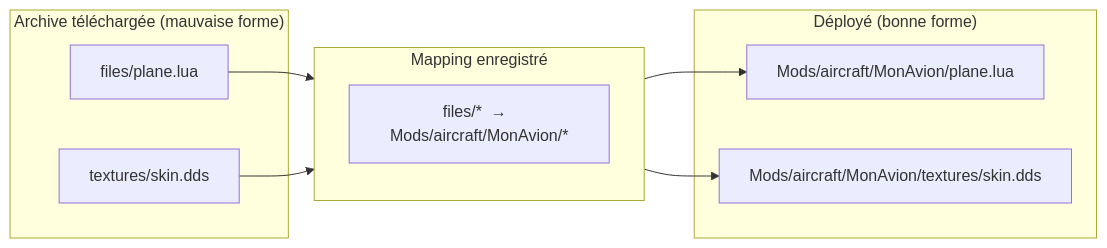
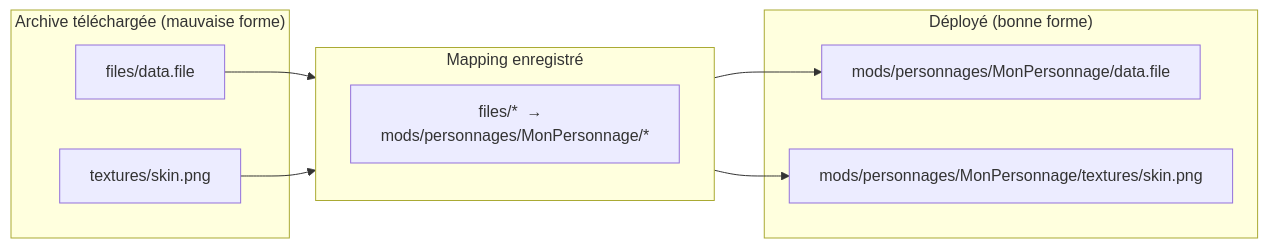
The diagram in docs/how-it-works/mapper.fr.md (FreeProject089/BMM-Docs), drawn with Mermaid before and after one commit. The commit also changed other lines of this file and 5 other files, not shown here.

````diff
--- a/docs/how-it-works/mapper.fr.md
+++ b/docs/how-it-works/mapper.fr.md
@@ -30,16 +31,16 @@
 ```mermaid
 flowchart LR
     subgraph Archive["Archive téléchargée (mauvaise forme)"]
-        F1["files/plane.lua"]
-        F2["textures/skin.dds"]
+        F1["files/data.file"]
+        F2["textures/skin.png"]
     end
     subgraph Map["Mapping enregistré"]
-        M["files/*  →  Mods/aircraft/MonAvion/*"]
+        M["files/*  →  mods/personnages/MonPersonnage/*"]
     end
     subgraph Game["Déployé (bonne forme)"]
-        G1["Mods/aircraft/MonAvion/plane.lua"]
-        G2["Mods/aircraft/MonAvion/textures/skin.dds"]
+        G1["mods/personnages/MonPersonnage/data.file"]
+        G2["mods/personnages/MonPersonnage/textures/skin.png"]
     end
     F1 --> Map --> G1
     F2 --> Map --> G2
 ```
````
